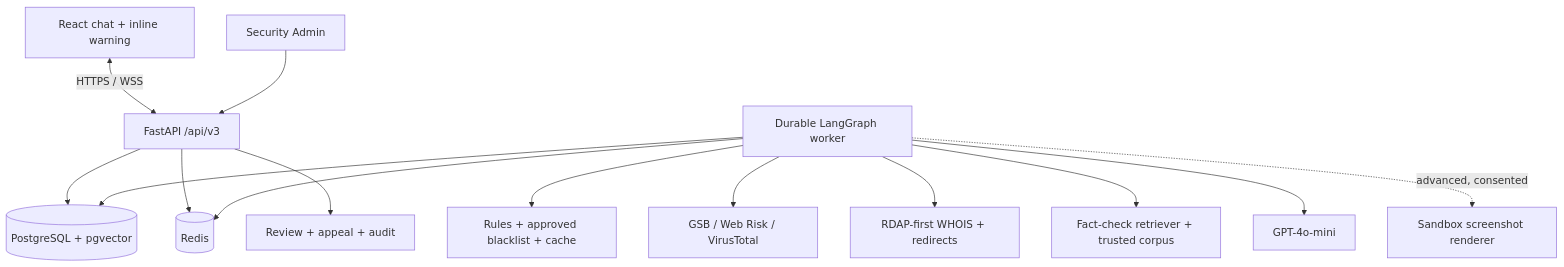
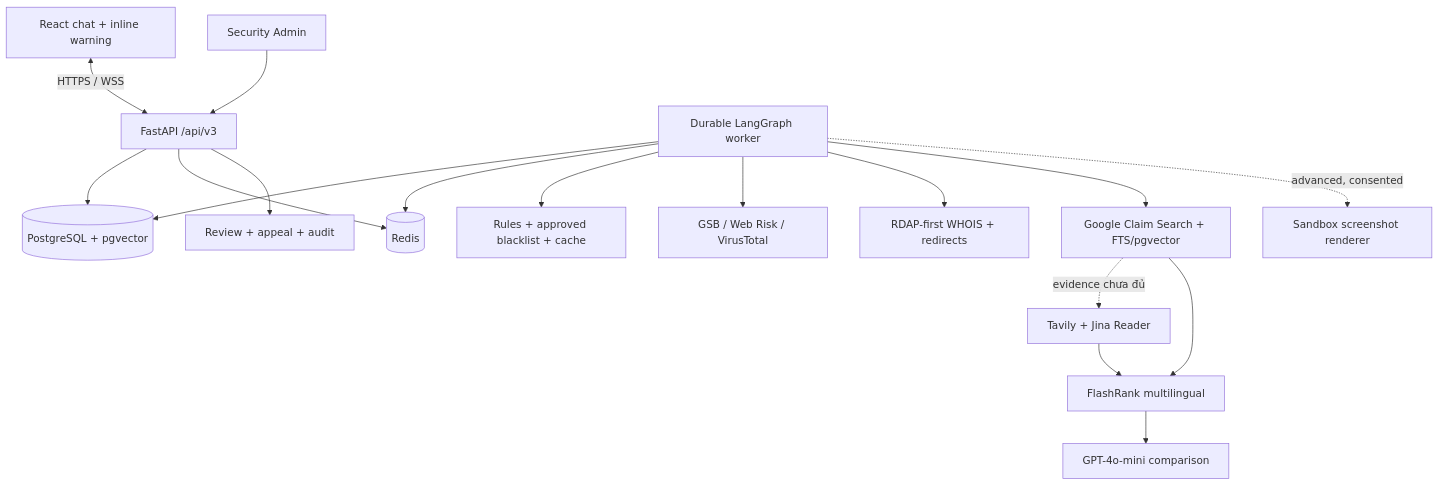
One commit to Binhdn04/TrustGuard-AI changed the second of 2 diagrams in ARCHITECTURE.md. Above: the diagram before and after it, drawn with Mermaid. The commit also changed other lines of this file and 15 other files, not shown here.

````diff
--- a/ARCHITECTURE.md
+++ b/ARCHITECTURE.md
@@ -26,16 +26,19 @@
 ```mermaid
 flowchart TB
     Chat[React chat + inline warning] <-->|HTTPS / WSS| API[FastAPI /api/v3]
     API --> DB[(PostgreSQL + pgvector)]
     API --> Redis[(Redis)]
     Worker[Durable LangGraph worker] --> DB
     Worker --> Redis
     Worker --> Rules[Rules + approved blacklist + cache]
     Worker --> Reputation[GSB / Web Risk / VirusTotal]
     Worker --> Domain[RDAP-first WHOIS + redirects]
-    Worker --> Facts[Fact-check retriever + trusted corpus]
-    Worker --> LLM[GPT-4o-mini]
+    Worker --> Facts[Google Claim Search + FTS/pgvector]
+    Facts -. evidence chưa đủ .-> Web[Tavily + Jina Reader]
+    Facts --> Rank[FlashRank multilingual]
+    Web --> Rank
+    Rank --> LLM[GPT-4o-mini comparison]
     Worker -. advanced, consented .-> Shot[Sandbox screenshot renderer]
     Admin[Security Admin] --> API
     API --> Audit[Review + appeal + audit]
 ```
````
